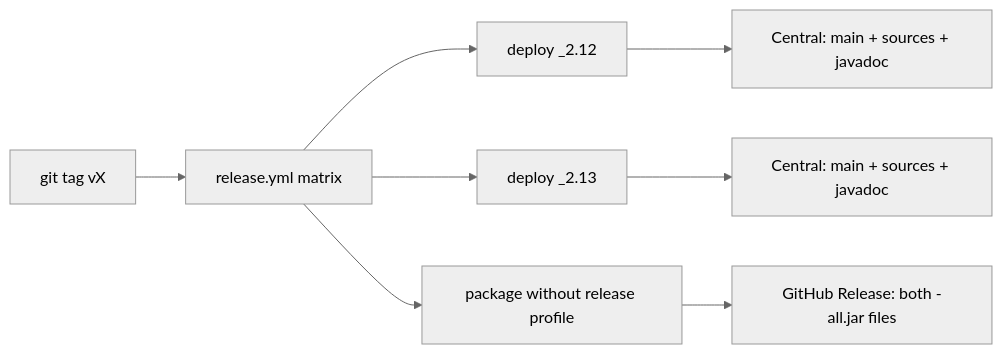
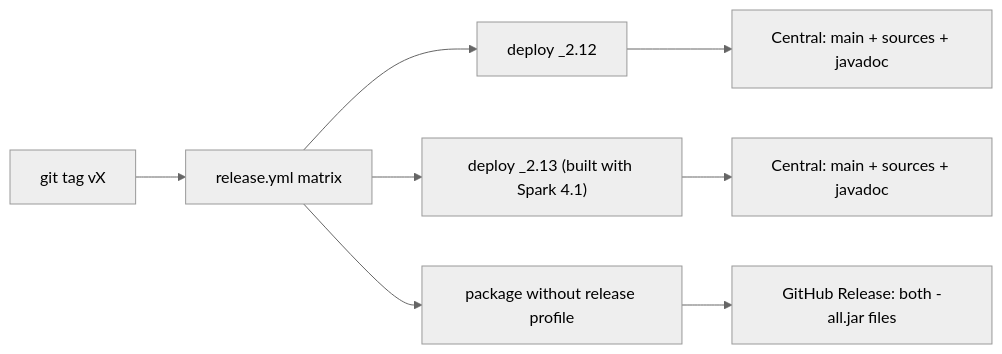
One commit to juarezr/spark-streaming-google-pubsub changed the first of 2 diagrams in docs/publishing-maven-central.md. Above: the diagram before and after it, drawn with Mermaid (neutral theme). The commit also changed other lines of this file and 8 other files, not shown here.

````diff
--- a/docs/publishing-maven-central.md
+++ b/docs/publishing-maven-central.md
@@ -11,10 +11,10 @@
 ```mermaid
 flowchart LR
   tag["git tag vX"] --> ga["release.yml matrix"]
   ga --> s35["deploy _2.12"]
-  ga --> s40["deploy _2.13"]
+  ga --> s41["deploy _2.13 (built with Spark 4.1)"]
   s35 --> thin["Central: main + sources + javadoc"]
-  s40 --> thin2["Central: main + sources + javadoc"]
+  s41 --> thin2["Central: main + sources + javadoc"]
   ga --> fatBuild["package without release profile"]
   fatBuild --> ghRel["GitHub Release: both -all.jar files"]
 ```
````
